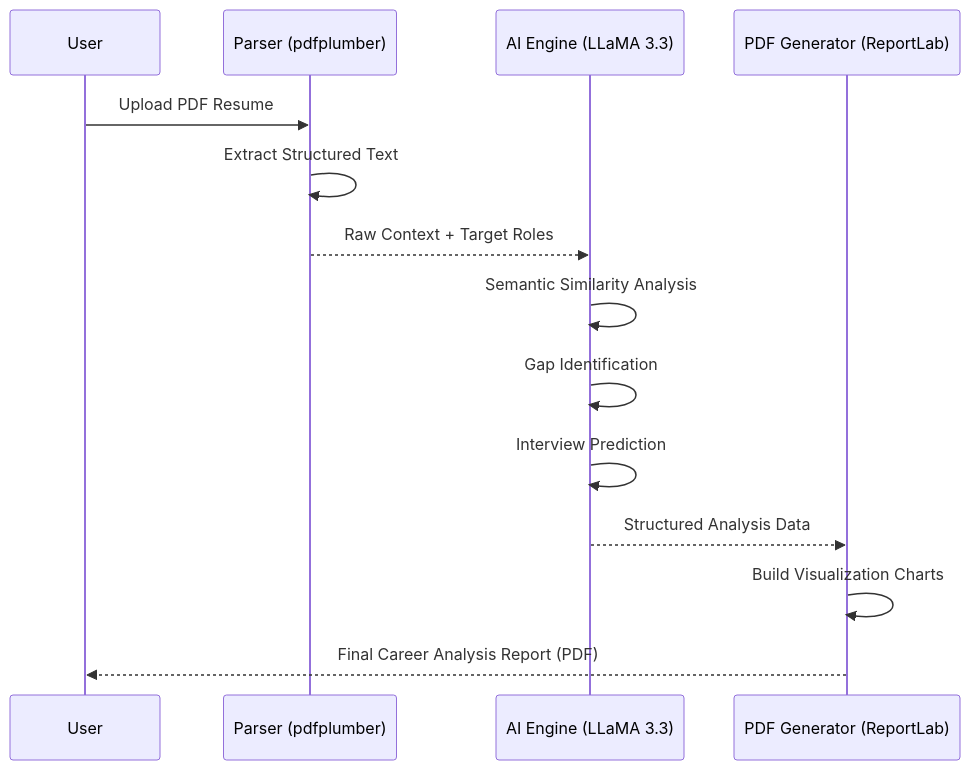
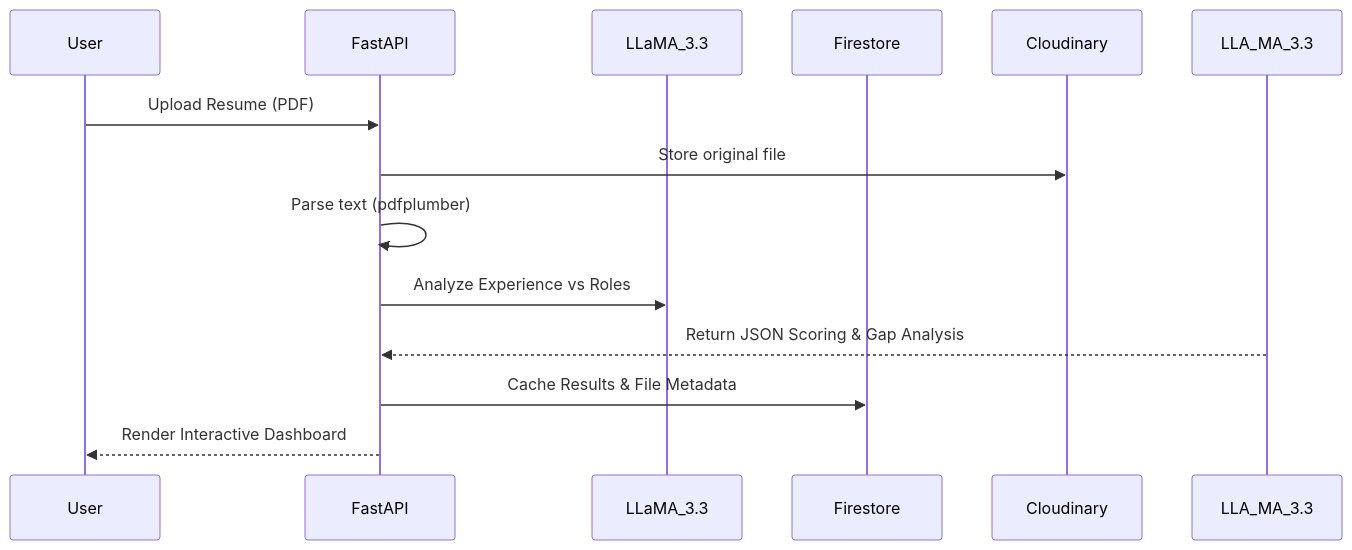
The second of 2 diagrams in README.md (tisha-varma/Career-Copilot), drawn with Mermaid before and after one commit. The commit also changed other lines of this file, not shown here.

````diff
--- a/README.md
+++ b/README.md
@@ -52,17 +91,16 @@
 ```mermaid
 sequenceDiagram
-    participant U as User
-    participant P as Parser (pdfplumber)
-    participant A as AI Engine (LLaMA 3.3)
-    participant G as PDF Generator (ReportLab)
+    participant User
+    participant FastAPI
+    participant LLaMA_3.3
+    participant Firestore
+    participant Cloudinary
 
-    U->>P: Upload PDF Resume
-    P->>P: Extract Structured Text
-    P-->>A: Raw Context + Target Roles
-    A->>A: Semantic Similarity Analysis
-    A->>A: Gap Identification
-    A->>A: Interview Prediction
-    A-->>G: Structured Analysis Data
-    G->>G: Build Visualization Charts
-    G-->>U: Final Career Analysis Report (PDF)
+    User->>FastAPI: Upload Resume (PDF)
+    FastAPI->>Cloudinary: Store original file
+    FastAPI->>FastAPI: Parse text (pdfplumber)
+    FastAPI->>LLaMA_3.3: Analyze Experience vs Roles
+    LLA_MA_3.3-->>FastAPI: Return JSON Scoring & Gap Analysis
+    FastAPI->>Firestore: Cache Results & File Metadata
+    FastAPI-->>User: Render Interactive Dashboard
 ```
````
